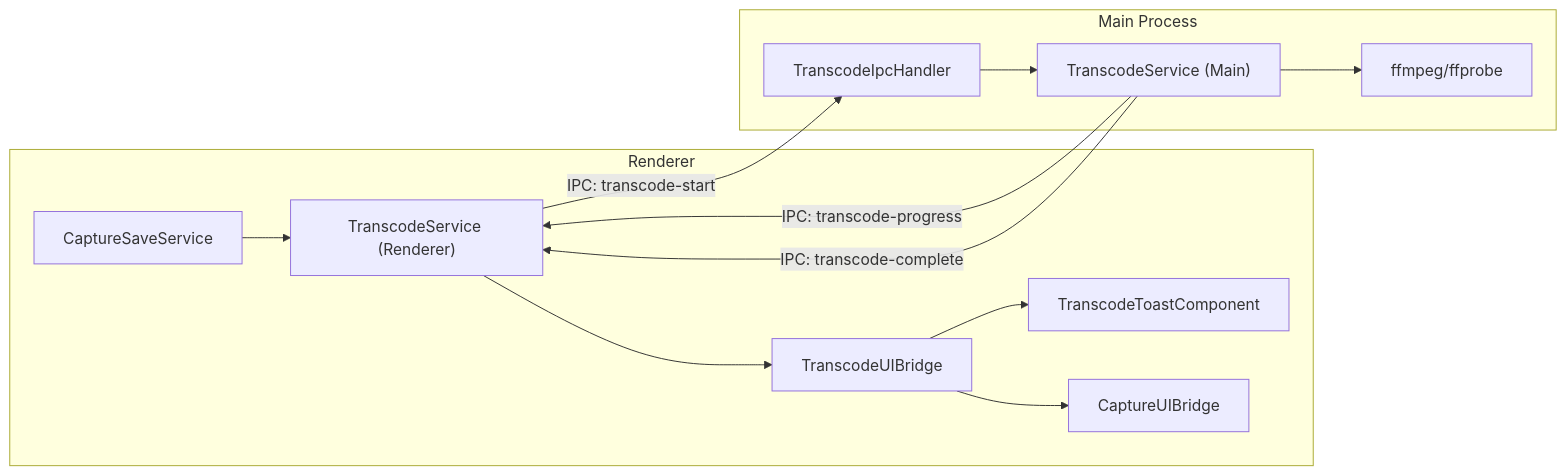
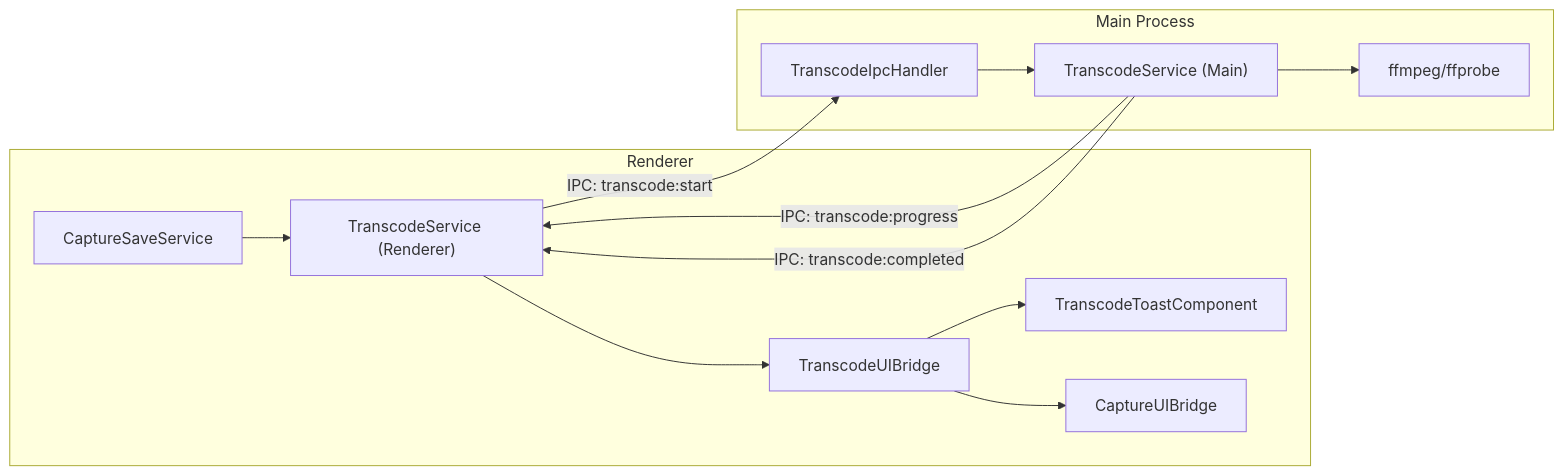
Before and after one commit to josstei/prismgb-app: the fourth of 8 diagrams in docs/architecture-diagrams.md, drawn with Mermaid. The commit also changed other lines of this file and 50 other files, not shown here.

````diff
--- a/docs/architecture-diagrams.md
+++ b/docs/architecture-diagrams.md
@@ -89,26 +77,26 @@
 ```mermaid
 flowchart LR
   subgraph RENDERER[Renderer]
     CaptureSaveService[CaptureSaveService]
     TranscodeServiceRenderer["TranscodeService (Renderer)"]
     TranscodeUIBridge[TranscodeUIBridge]
     TranscodeToast[TranscodeToastComponent]
     CaptureUIBridge[CaptureUIBridge]
   end
 
   subgraph MAIN[Main Process]
     TranscodeIpcHandler[TranscodeIpcHandler]
     TranscodeServiceMain["TranscodeService (Main)"]
     FFmpeg[ffmpeg/ffprobe]
   end
 
   CaptureSaveService --> TranscodeServiceRenderer
-  TranscodeServiceRenderer -- IPC: transcode-start --> TranscodeIpcHandler
+  TranscodeServiceRenderer -- IPC: transcode:start --> TranscodeIpcHandler
   TranscodeIpcHandler --> TranscodeServiceMain
   TranscodeServiceMain --> FFmpeg
-  TranscodeServiceMain -- IPC: transcode-progress --> TranscodeServiceRenderer
-  TranscodeServiceMain -- IPC: transcode-complete --> TranscodeServiceRenderer
+  TranscodeServiceMain -- IPC: transcode:progress --> TranscodeServiceRenderer
+  TranscodeServiceMain -- IPC: transcode:completed --> TranscodeServiceRenderer
   TranscodeServiceRenderer --> TranscodeUIBridge
   TranscodeUIBridge --> TranscodeToast
   TranscodeUIBridge --> CaptureUIBridge
 ```
````
